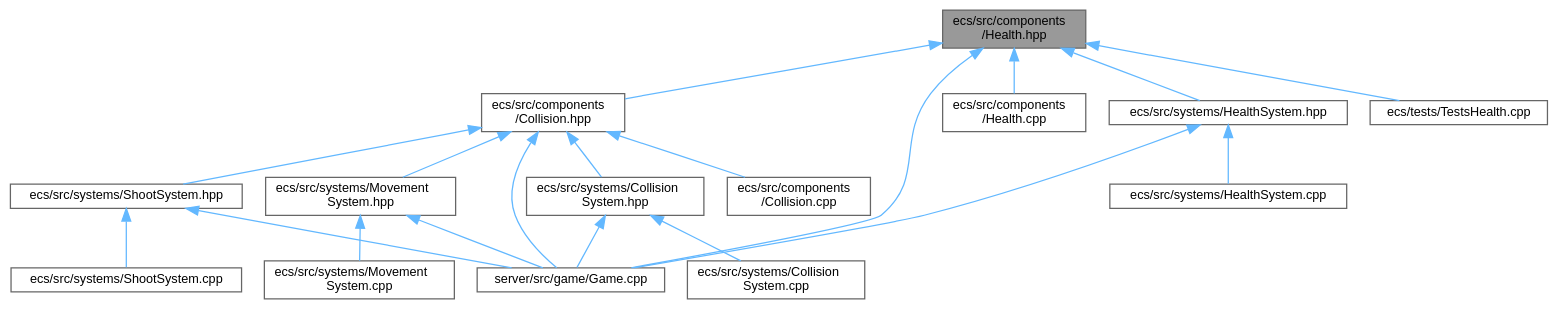
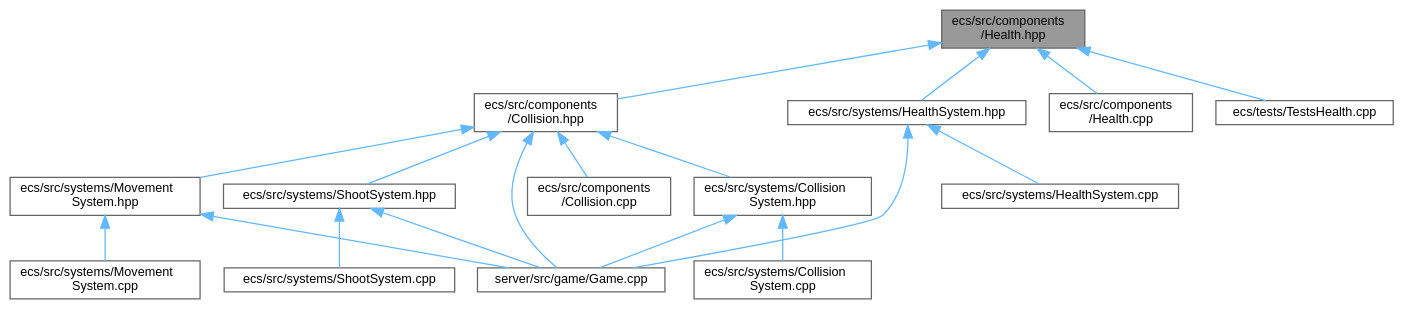
The diagram in Health_8hpp__dep__incl.dot (Houpsi/R-Type), drawn with Graphviz before and after one commit. The commit also changed 185 other files, not shown here.

```diff
--- a/Health_8hpp__dep__incl.dot
+++ b/Health_8hpp__dep__incl.dot
@@ -1,39 +1,38 @@
 digraph "ecs/src/components/Health.hpp"
 {
  // LATEX_PDF_SIZE
   bgcolor="transparent";
   edge [fontname=Helvetica,fontsize=10,labelfontname=Helvetica,labelfontsize=10];
   node [fontname=Helvetica,fontsize=10,shape=box,height=0.2,width=0.4];
   Node1 [id="Node000001",label="ecs/src/components\l/Health.hpp",height=0.2,width=0.4,color="gray40", fillcolor="grey60", style="filled", fontcolor="black",tooltip=" "];
   Node1 -> Node2 [id="edge1_Node000001_Node000002",dir="back",color="steelblue1",style="solid",tooltip=" "];
   Node2 [id="Node000002",label="ecs/src/components\l/Collision.hpp",height=0.2,width=0.4,color="grey40", fillcolor="white", style="filled",URL="$Collision_8hpp.html",tooltip=" "];
   Node2 -> Node3 [id="edge2_Node000002_Node000003",dir="back",color="steelblue1",style="solid",tooltip=" "];
   Node3 [id="Node000003",label="ecs/src/components\l/Collision.cpp",height=0.2,width=0.4,color="grey40", fillcolor="white", style="filled",URL="$Collision_8cpp.html",tooltip=" "];
   Node2 -> Node4 [id="edge3_Node000002_Node000004",dir="back",color="steelblue1",style="solid",tooltip=" "];
   Node4 [id="Node000004",label="ecs/src/systems/Collision\lSystem.hpp",height=0.2,width=0.4,color="grey40", fillcolor="white", style="filled",URL="$CollisionSystem_8hpp.html",tooltip=" "];
   Node4 -> Node5 [id="edge4_Node000004_Node000005",dir="back",color="steelblue1",style="solid",tooltip=" "];
   Node5 [id="Node000005",label="ecs/src/systems/Collision\lSystem.cpp",height=0.2,width=0.4,color="grey40", fillcolor="white", style="filled",URL="$CollisionSystem_8cpp.html",tooltip=" "];
   Node4 -> Node6 [id="edge5_Node000004_Node000006",dir="back",color="steelblue1",style="solid",tooltip=" "];
   Node6 [id="Node000006",label="server/src/game/Game.cpp",height=0.2,width=0.4,color="grey40", fillcolor="white", style="filled",URL="$Game_8cpp.html",tooltip=" "];
   Node2 -> Node7 [id="edge6_Node000002_Node000007",dir="back",color="steelblue1",style="solid",tooltip=" "];
   Node7 [id="Node000007",label="ecs/src/systems/Movement\lSystem.hpp",height=0.2,width=0.4,color="grey40", fillcolor="white", style="filled",URL="$MovementSystem_8hpp.html",tooltip=" "];
   Node7 -> Node8 [id="edge7_Node000007_Node000008",dir="back",color="steelblue1",style="solid",tooltip=" "];
   Node8 [id="Node000008",label="ecs/src/systems/Movement\lSystem.cpp",height=0.2,width=0.4,color="grey40", fillcolor="white", style="filled",URL="$MovementSystem_8cpp.html",tooltip=" "];
   Node7 -> Node6 [id="edge8_Node000007_Node000006",dir="back",color="steelblue1",style="solid",tooltip=" "];
   Node2 -> Node9 [id="edge9_Node000002_Node000009",dir="back",color="steelblue1",style="solid",tooltip=" "];
   Node9 [id="Node000009",label="ecs/src/systems/ShootSystem.hpp",height=0.2,width=0.4,color="grey40", fillcolor="white", style="filled",URL="$ShootSystem_8hpp.html",tooltip=" "];
   Node9 -> Node10 [id="edge10_Node000009_Node000010",dir="back",color="steelblue1",style="solid",tooltip=" "];
   Node10 [id="Node000010",label="ecs/src/systems/ShootSystem.cpp",height=0.2,width=0.4,color="grey40", fillcolor="white", style="filled",URL="$ShootSystem_8cpp.html",tooltip=" "];
   Node9 -> Node6 [id="edge11_Node000009_Node000006",dir="back",color="steelblue1",style="solid",tooltip=" "];
   Node2 -> Node6 [id="edge12_Node000002_Node000006",dir="back",color="steelblue1",style="solid",tooltip=" "];
   Node1 -> Node11 [id="edge13_Node000001_Node000011",dir="back",color="steelblue1",style="solid",tooltip=" "];
   Node11 [id="Node000011",label="ecs/src/components\l/Health.cpp",height=0.2,width=0.4,color="grey40", fillcolor="white", style="filled",URL="$Health_8cpp.html",tooltip=" "];
   Node1 -> Node12 [id="edge14_Node000001_Node000012",dir="back",color="steelblue1",style="solid",tooltip=" "];
   Node12 [id="Node000012",label="ecs/src/systems/HealthSystem.hpp",height=0.2,width=0.4,color="grey40", fillcolor="white", style="filled",URL="$HealthSystem_8hpp.html",tooltip=" "];
   Node12 -> Node13 [id="edge15_Node000012_Node000013",dir="back",color="steelblue1",style="solid",tooltip=" "];
   Node13 [id="Node000013",label="ecs/src/systems/HealthSystem.cpp",height=0.2,width=0.4,color="grey40", fillcolor="white", style="filled",URL="$HealthSystem_8cpp.html",tooltip=" "];
   Node12 -> Node6 [id="edge16_Node000012_Node000006",dir="back",color="steelblue1",style="solid",tooltip=" "];
   Node1 -> Node14 [id="edge17_Node000001_Node000014",dir="back",color="steelblue1",style="solid",tooltip=" "];
   Node14 [id="Node000014",label="ecs/tests/TestsHealth.cpp",height=0.2,width=0.4,color="grey40", fillcolor="white", style="filled",URL="$TestsHealth_8cpp.html",tooltip=" "];
-  Node1 -> Node6 [id="edge18_Node000001_Node000006",dir="back",color="steelblue1",style="solid",tooltip=" "];
 }
```
